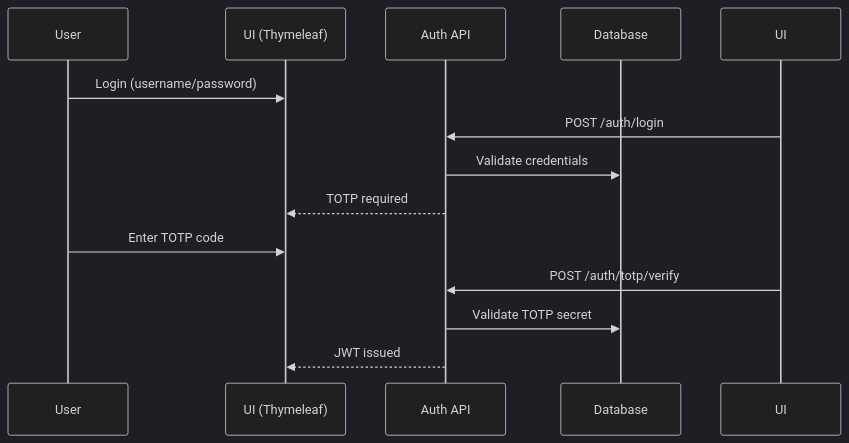
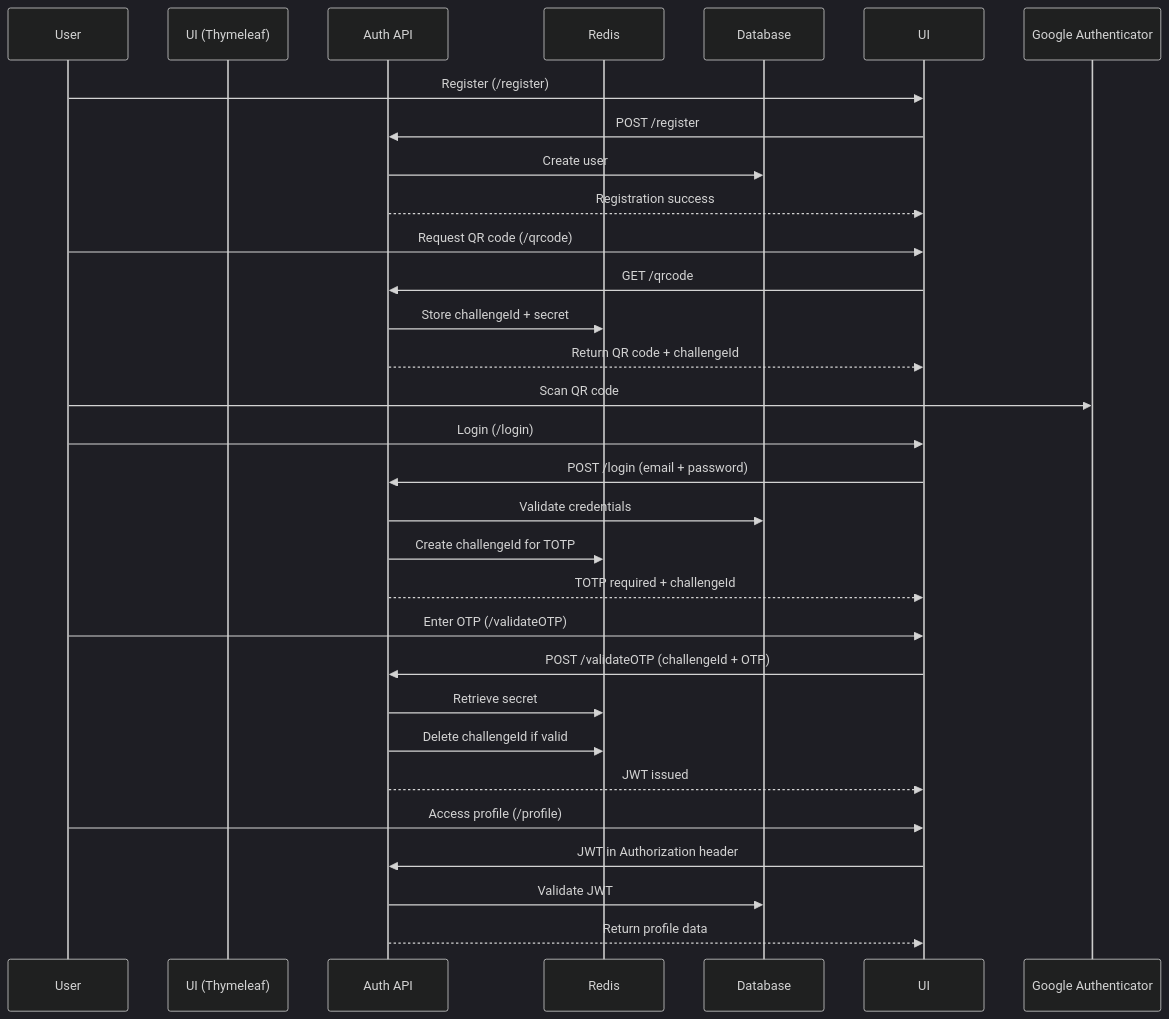
Before and after one commit to nvagno/authentify: the diagram in README.md, drawn with Mermaid (dark theme). The commit also changed other lines of this file, not shown here.

````diff
--- a/README.md
+++ b/README.md
@@ -97,17 +105,36 @@
 ```mermaid
 sequenceDiagram
     participant User
     participant UI (Thymeleaf)
     participant Auth API
+    participant Redis
     participant Database
 
-    User->>UI (Thymeleaf): Login (username/password)
-    UI->>Auth API: POST /auth/login
+    User->>UI: Register (/register)
+    UI->>Auth API: POST /register
+    Auth API->>Database: Create user
+    Auth API-->>UI: Registration success
+
+    User->>UI: Request QR code (/qrcode)
+    UI->>Auth API: GET /qrcode
+    Auth API->>Redis: Store challengeId + secret
+    Auth API-->>UI: Return QR code + challengeId
+    User->>Google Authenticator: Scan QR code
+
+    User->>UI: Login (/login)
+    UI->>Auth API: POST /login (email + password)
     Auth API->>Database: Validate credentials
-    Auth API-->>UI (Thymeleaf): TOTP required
+    Auth API->>Redis: Create challengeId for TOTP
+    Auth API-->>UI: TOTP required + challengeId
 
-    User->>UI (Thymeleaf): Enter TOTP code
-    UI->>Auth API: POST /auth/totp/verify
-    Auth API->>Database: Validate TOTP secret
-    Auth API-->>UI (Thymeleaf): JWT issued
+    User->>UI: Enter OTP (/validateOTP)
+    UI->>Auth API: POST /validateOTP (challengeId + OTP)
+    Auth API->>Redis: Retrieve secret
+    Auth API->>Redis: Delete challengeId if valid
+    Auth API-->>UI: JWT issued
+
+    User->>UI: Access profile (/profile)
+    UI->>Auth API: JWT in Authorization header
+    Auth API->>Database: Validate JWT
+    Auth API-->>UI: Return profile data
 ```
````
